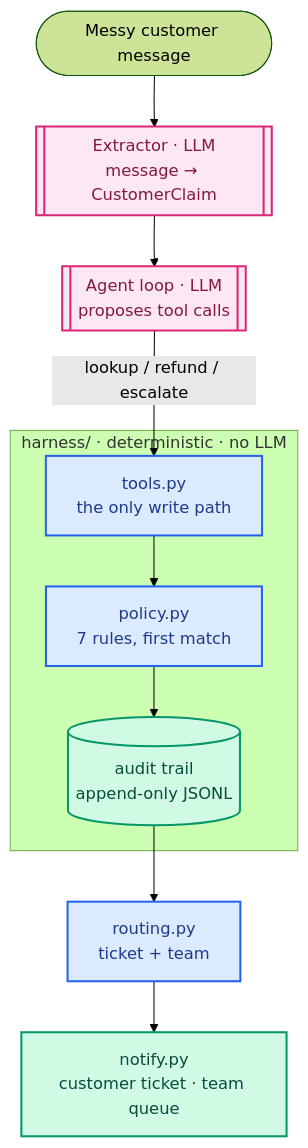
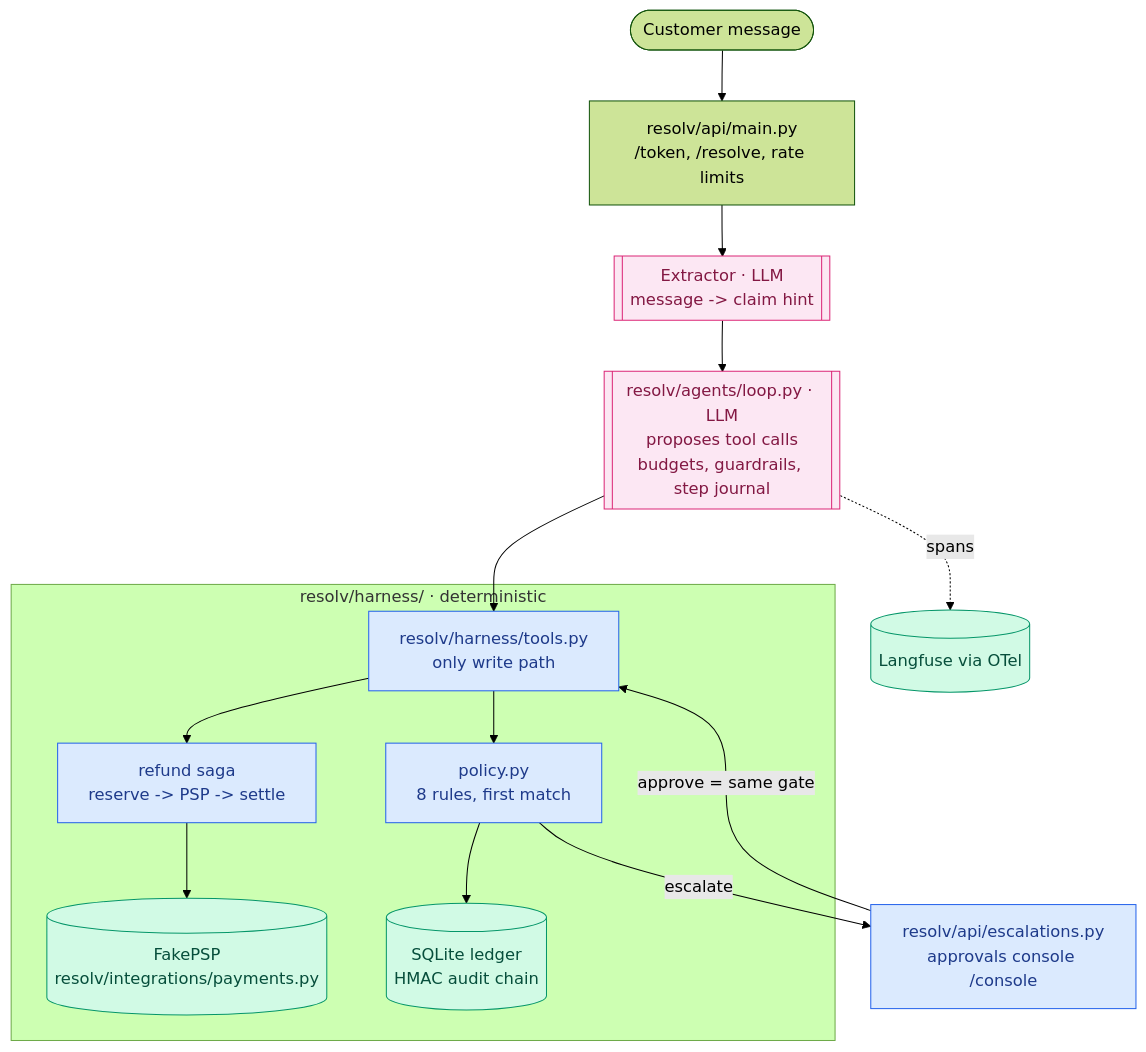
Before and after one commit to AmanDataGuy/Resolv: the diagram in README.md, drawn with Mermaid (forest theme). The commit also changed other lines of this file and 12 other files, not shown here.

````diff
--- a/README.md
+++ b/README.md
@@ -58,18 +41,19 @@
 ```mermaid
 flowchart TD
-    Msg([Messy customer message]) --> Ext[["Extractor · LLM<br>message → CustomerClaim"]]:::llm
-    Ext --> Loop[["Agent loop · LLM<br>proposes tool calls"]]:::llm
-    Loop -->|lookup / refund / escalate| Tools[tools.py<br>the only write path]:::h
-
-    subgraph HARNESS ["harness/ · deterministic · no LLM"]
-        Tools --> Policy[policy.py<br>7 rules, first match]:::h
-        Policy --> Audit[(audit trail<br>append-only JSONL)]:::io
+    Msg([Customer message]) --> API[resolv/api/main.py<br>/token, /resolve, rate limits]
+    API --> Ext[[Extractor · LLM<br>message -> claim hint]]:::llm
+    Ext --> Loop[[resolv/agents/loop.py · LLM<br>proposes tool calls<br>budgets, guardrails, step journal]]:::llm
+    Loop --> Tools[resolv/harness/tools.py<br>only write path]:::h
+    subgraph HARNESS [resolv/harness/ · deterministic]
+        Tools --> Policy[policy.py<br>8 rules, first match]:::h
+        Tools --> Saga[refund saga<br>reserve -> PSP -> settle]:::h
+        Saga --> PSP[(FakePSP<br>resolv/integrations/payments.py)]:::io
+        Policy --> Ledger[(SQLite ledger<br>HMAC audit chain)]:::io
     end
-
-    Audit --> Route[routing.py<br>ticket + team]:::h
-    Route --> Notify[notify.py<br>customer ticket · team queue]:::io
-
-    classDef llm fill:#fce7f3,stroke:#db2777,stroke-width:2px,color:#831843;
-    classDef h fill:#dbeafe,stroke:#2563eb,stroke-width:2px,color:#1e3a8a;
-    classDef io fill:#d1fae5,stroke:#059669,stroke-width:2px,color:#064e3b;
+    Policy -->|escalate| Esc[resolv/api/escalations.py<br>approvals console /console]:::h
+    Esc -->|approve = same gate| Tools
+    Loop -.spans.-> LF[(Langfuse via OTel)]:::io
+    classDef llm fill:#fce7f3,stroke:#db2777,color:#831843;
+    classDef h fill:#dbeafe,stroke:#2563eb,color:#1e3a8a;
+    classDef io fill:#d1fae5,stroke:#059669,color:#064e3b;
 ```
````
